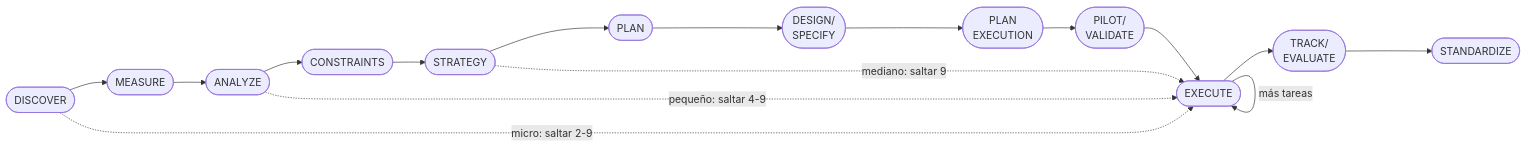
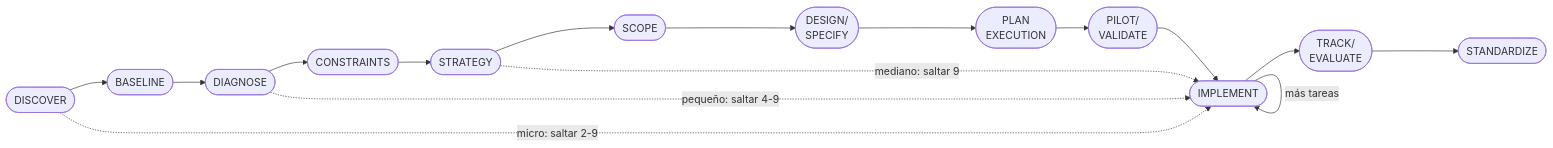
The diagram in .claude/skills/thyrox/SKILL.md (NestorMonroy/thyrox), drawn with Mermaid before and after one commit. The commit also changed other lines of this file and 25 other files, not shown here.

````diff
--- a/.claude/skills/thyrox/SKILL.md
+++ b/.claude/skills/thyrox/SKILL.md
@@ -19,19 +19,19 @@
 ```mermaid
 flowchart LR
-    P1([DISCOVER]) --> P2([MEASURE])
-    P2 --> P3([ANALYZE])
+    P1([DISCOVER]) --> P2([BASELINE])
+    P2 --> P3([DIAGNOSE])
     P3 --> P4([CONSTRAINTS])
     P4 --> P5([STRATEGY])
-    P5 --> P6([PLAN])
+    P5 --> P6([SCOPE])
     P6 --> P7([DESIGN/\nSPECIFY])
     P7 --> P8([PLAN\nEXECUTION])
     P8 --> P9([PILOT/\nVALIDATE])
-    P9 --> P10([EXECUTE])
+    P9 --> P10([IMPLEMENT])
     P10 --> P11([TRACK/\nEVALUATE])
     P11 --> P12([STANDARDIZE])
     P10 -->|más tareas| P10
 
     P1 -.->|micro: saltar 2-9| P10
     P3 -.->|pequeño: saltar 4-9| P10
     P5 -.->|mediano: saltar 9| P10
 ```
````
